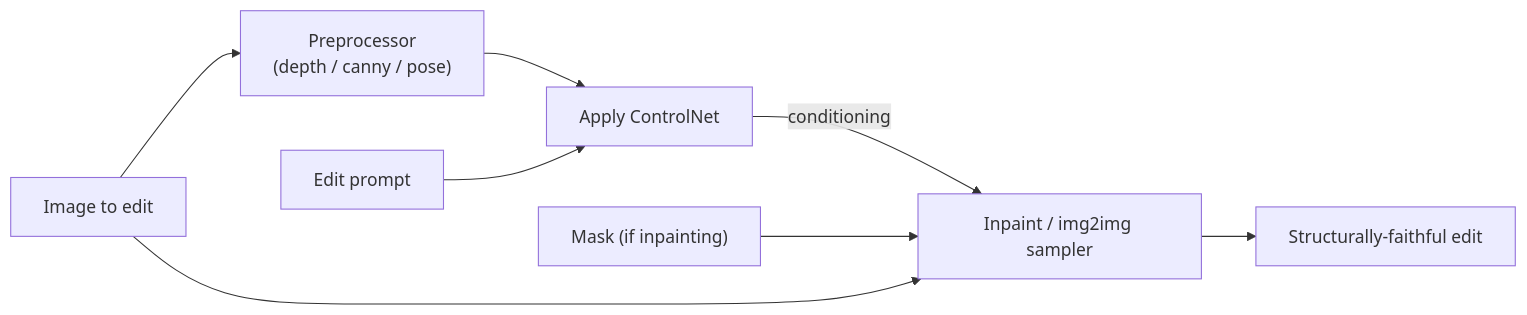
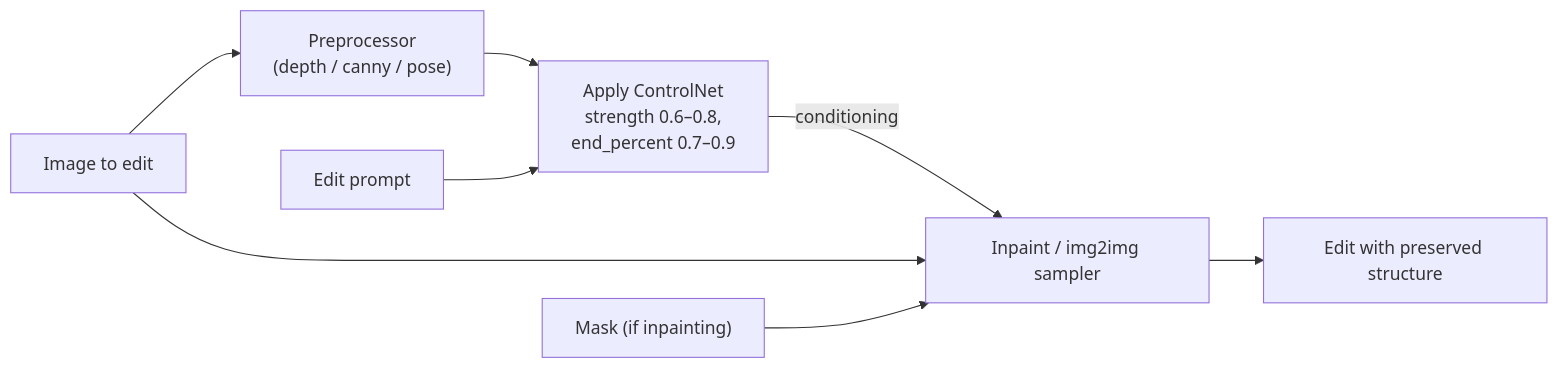
Before and after one commit to AndrewAltimit/Documentation: the seventh of 7 diagrams in github-pages/docs/ai-ml/inpainting-editing.md, drawn with Mermaid. The commit also changed other lines of this file and 240 other files, not shown here.

````diff
--- a/github-pages/docs/ai-ml/inpainting-editing.md
+++ b/github-pages/docs/ai-ml/inpainting-editing.md
@@ -329,10 +343,10 @@
 ```mermaid
 flowchart LR
     Ref["Image to edit"] --> Pre["Preprocessor<br/>(depth / canny / pose)"]
-    Pre --> Apply["Apply ControlNet"]
+    Pre --> Apply["Apply ControlNet<br/>strength 0.6–0.8,<br/>end_percent 0.7–0.9"]
     Prompt["Edit prompt"] --> Apply
-    Apply -->|conditioning| Edit["Inpaint / img2img sampler"]
-    Mask["Mask (if inpainting)"] --> Edit
-    Ref --> Edit
-    Edit --> Out["Structurally-faithful edit"]
+    Apply -->|"conditioning"| Samp["Inpaint / img2img sampler"]
+    Ref --> Samp
+    Mask["Mask (if inpainting)"] --> Samp
+    Samp --> Out["Edit with preserved structure"]
 ```
````
